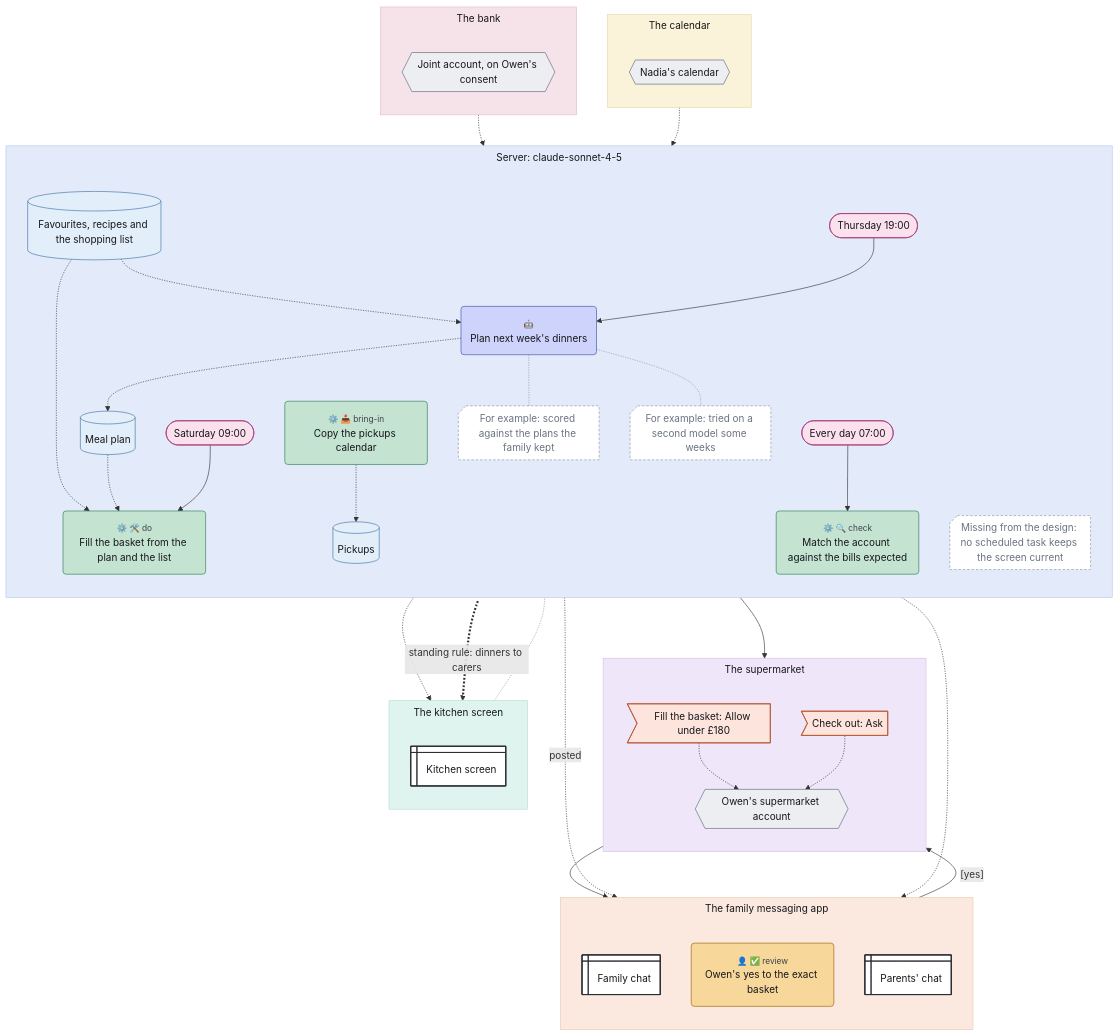
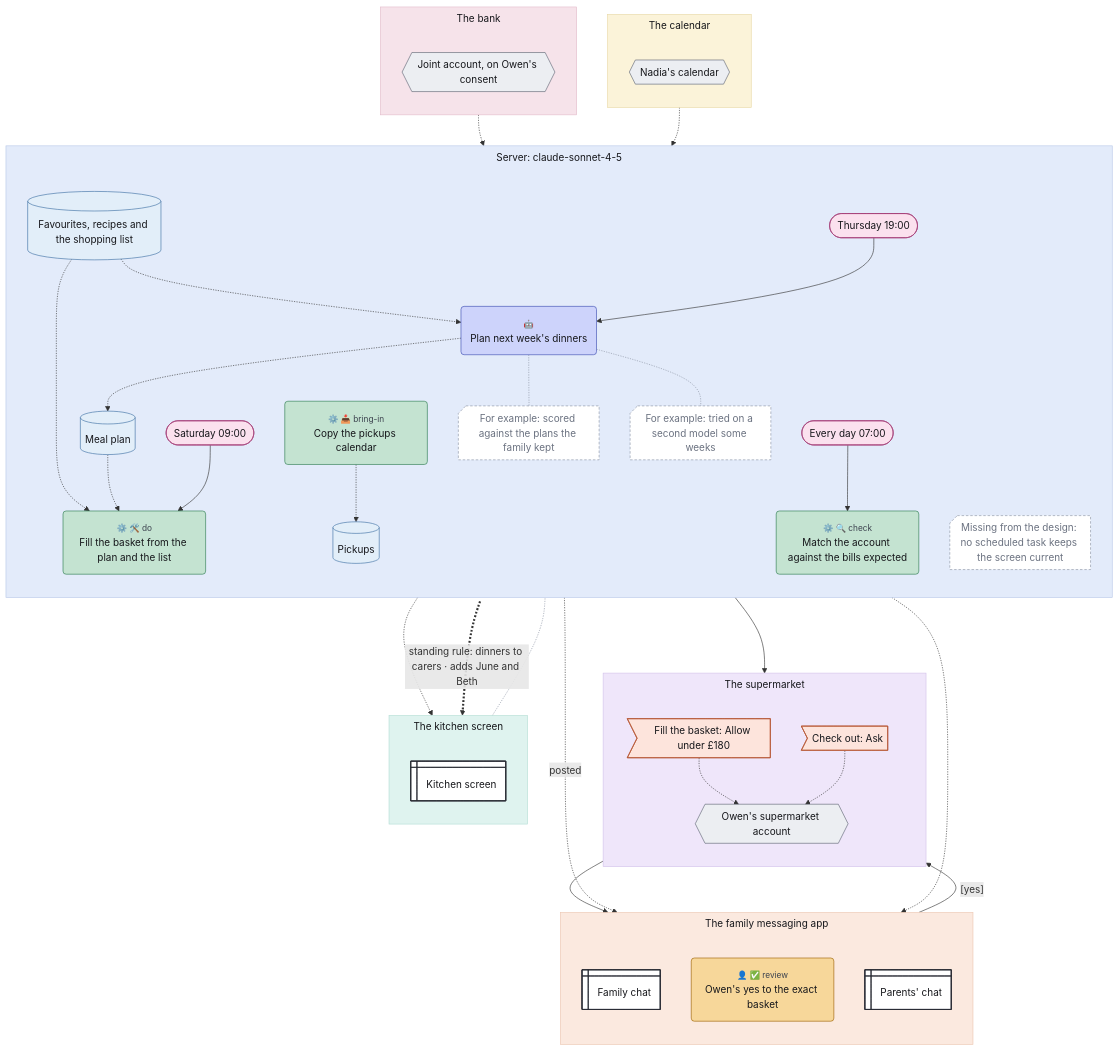
Before and after one commit to chrismdp/awml: the diagram in examples/dinners-home.mmd, drawn with Mermaid. The commit also changed 50 other files, not shown here.

```diff
--- a/examples/dinners-home.mmd
+++ b/examples/dinners-home.mmd
@@ -1,101 +1,101 @@
 ---
 config:
   theme: default
   fontFamily: Inter, sans-serif
   flowchart:
     useMaxWidth: false
     subGraphTitleMargin:
       top: 6
       bottom: 30
 ---
 flowchart TB
   subgraph server["Server#58; claude#45;sonnet#45;4#45;5"]
     direction TB
     thu(["Thursday 19#58;00"])
     sat(["Saturday 09#58;00"])
     daily(["Every day 07#58;00"])
     copy("<small style='color:rgb(61,67,79)'>⚙️ 📥 bring-in</small><br>Copy the pickups calendar")
     pickups[("Pickups")]
     screen_gap@{ shape: notch-rect, label: "Missing from the design#58; no scheduled task keeps the screen current" }
     favourites[("Favourites#44; recipes and the shopping list")]
     plan("<small style='color:rgb(61,67,79)'>🤖</small><br>Plan next week#39;s dinners")
     mealplan[("Meal plan")]
     fill("<small style='color:rgb(61,67,79)'>⚙️ 🛠️ do</small><br>Fill the basket from the plan and the list")
     match("<small style='color:rgb(61,67,79)'>⚙️ 🔍 check</small><br>Match the account against the bills expected")
     scored@{ shape: notch-rect, label: "For example#58; scored against the plans the family kept" }
     tried@{ shape: notch-rect, label: "For example#58; tried on a second model some weeks" }
   end
   subgraph app["The family messaging app"]
     direction TB
     chat@{ shape: win-pane, label: "Family chat" }
     approve("<small style='color:rgb(61,67,79)'>👤 ✅ review</small><br>Owen#39;s yes to the exact basket")
     parents_chat@{ shape: win-pane, label: "Parents#39; chat" }
   end
   subgraph supermarket["The supermarket"]
     direction TB
     basket>"Fill the basket#58; Allow under £180"]
     checkout>"Check out#58; Ask"]
     shop{{"Owen#39;s supermarket account"}}
   end
   subgraph calendars["The calendar"]
     direction TB
     calendar{{"Nadia#39;s calendar"}}
   end
   subgraph wall["The kitchen screen"]
     direction TB
     screen@{ shape: win-pane, label: "Kitchen screen" }
   end
   subgraph banking["The bank"]
     direction TB
     bank{{"Joint account#44; on Owen#39;s consent"}}
   end
 
   thu --> plan
   favourites -.-> plan
   plan -.-> mealplan
   mealplan -.->|"posted"| chat
   sat --> fill
   mealplan -.-> fill
   favourites -.-> fill
   fill --> basket
   basket -.-> shop
   basket --> approve
   approve -->|"#91;yes#93;"| checkout
   checkout -.-> shop
   calendar -.-> copy
   copy -.-> pickups
   pickups -.-> screen
-  screen <==>|"standing rule#58; dinners to carers"| mealplan
+  screen <==>|"standing rule#58; dinners to carers · adds June and Beth"| mealplan
   screen -.- screen_gap
   daily --> match
   bank -.-> match
   match -.-> parents_chat
   plan -.- scored
   plan -.- tried
   classDef trig fill:#fbe1ee,stroke:#a33a74,color:#16171b
   classDef ctx fill:#e2eef9,stroke:#3d6fa3,color:#16171b
   classDef con fill:#eceef2,stroke:#5d6472,color:#16171b
   classDef surf fill:#ffffff,stroke:#2a2d35,stroke-width:1.5px,color:#16171b
   classDef out fill:#fde4dc,stroke:#b5532f,color:#16171b
   classDef ai fill:#cdd3fb,stroke:#3b4bb0,color:#16171b
   classDef code fill:#c4e3d1,stroke:#2b7a4f,color:#16171b
   classDef person fill:#f7d79a,stroke:#9a6100,color:#16171b
   classDef uml fill:#16171b,stroke:#16171b,color:#16171b
   classDef gap fill:#ffffff,stroke:#8a93a3,stroke-dasharray:4 3,color:#6b7280
   class thu,sat,daily trig
   class pickups,favourites,mealplan ctx
   class calendar,shop,bank con
   class screen,chat,parents_chat surf
   class basket,checkout out
   class plan ai
   class copy,fill,match code
   class approve person
   class screen_gap,scored,tried gap
   style server fill:#e3ebfa,stroke:#b9c8e8,color:#16171b
   style app fill:#fbe9df,stroke:#ecc7b2,color:#16171b
   style supermarket fill:#efe6fa,stroke:#d3c2ea,color:#16171b
   style calendars fill:#fbf3d9,stroke:#e8d9a6,color:#16171b
   style wall fill:#dff3ef,stroke:#b4ddd4,color:#16171b
   style banking fill:#f6e3ea,stroke:#e3bccb,color:#16171b
   linkStyle 15 stroke-dasharray:3,marker-end:none
   linkStyle 16,20,21 stroke:#8a93a3
```
